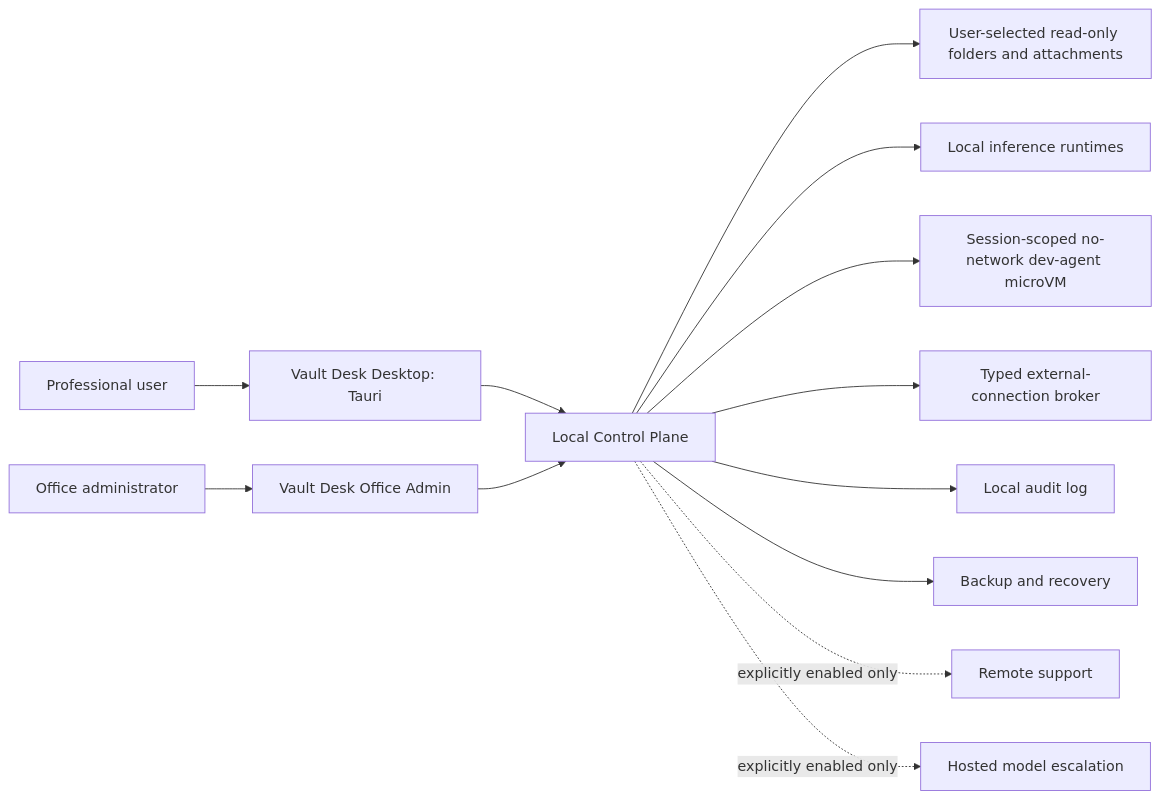
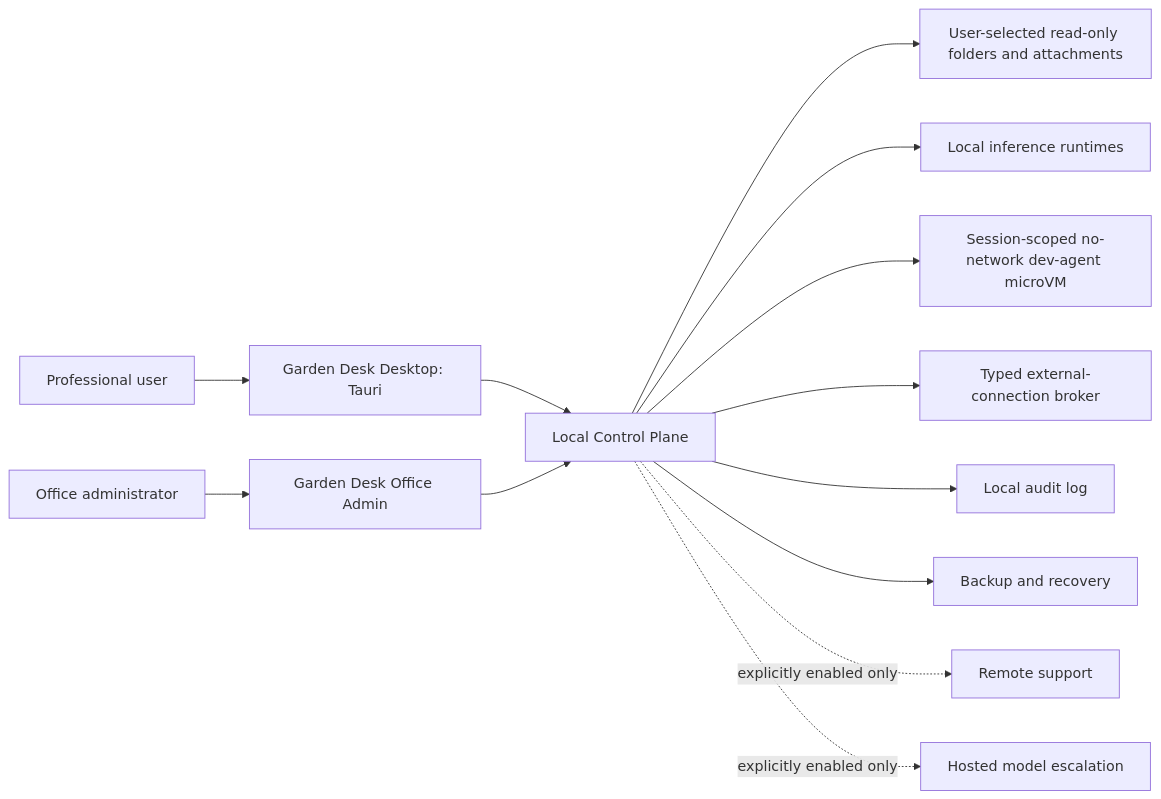
One commit to alex-alecu/garden-desk changed the diagram in docs/diagrams/system-context.md. Above: the diagram before and after it, drawn with Mermaid. The commit also changed other lines of this file and 134 other files, not shown here.

Commit message:
chore: rename product to Garden Desk

````diff
--- a/docs/diagrams/system-context.md
+++ b/docs/diagrams/system-context.md
@@ -5,18 +5,18 @@
 ```mermaid
 flowchart LR
-    User["Professional user"] --> Desktop["Vault Desk Desktop: Tauri"]
-    Admin["Office administrator"] --> OfficeAdmin["Vault Desk Office Admin"]
+    User["Professional user"] --> Desktop["Garden Desk Desktop: Tauri"]
+    Admin["Office administrator"] --> OfficeAdmin["Garden Desk Office Admin"]
 
     Desktop --> Control["Local Control Plane"]
     OfficeAdmin --> Control
 
     Control --> Documents["User-selected read-only folders and attachments"]
     Control --> Inference["Local inference runtimes"]
     Control --> Sandbox["Session-scoped no-network dev-agent microVM"]
     Control --> NetworkBroker["Typed external-connection broker"]
     Control --> Audit["Local audit log"]
     Control --> Backup["Backup and recovery"]
 
     Control -. "explicitly enabled only" .-> RemoteSupport["Remote support"]
     Control -. "explicitly enabled only" .-> HostedEscalation["Hosted model escalation"]
 ```
````
